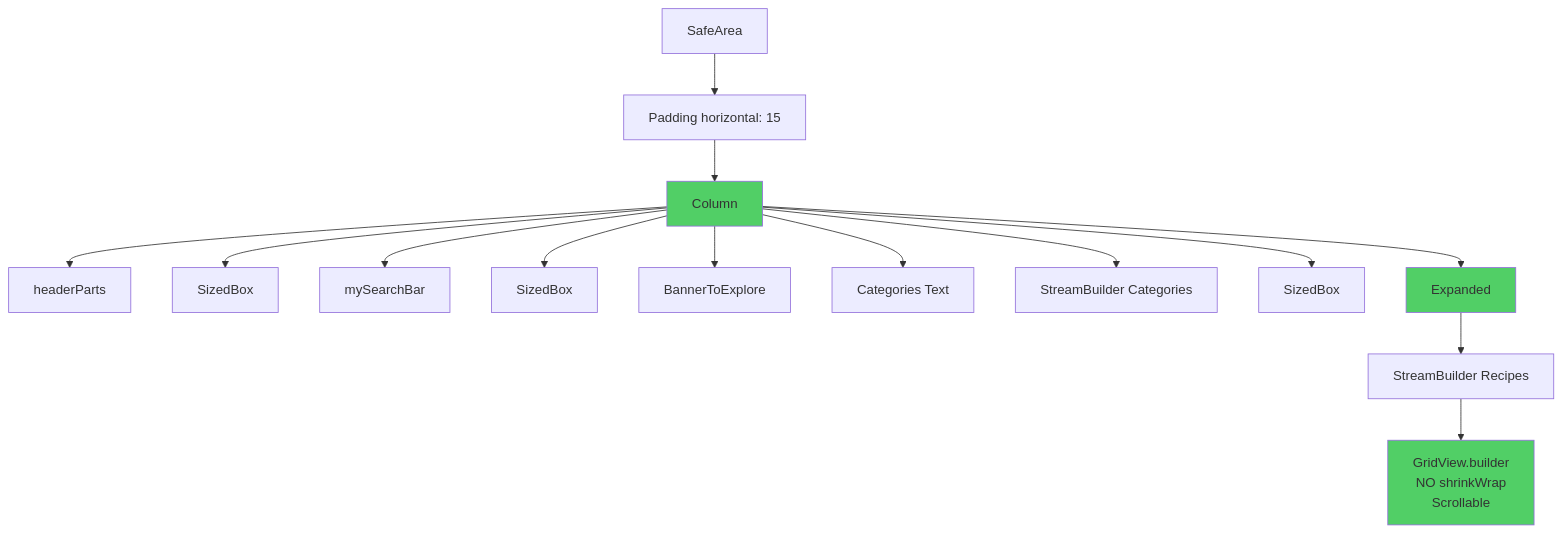
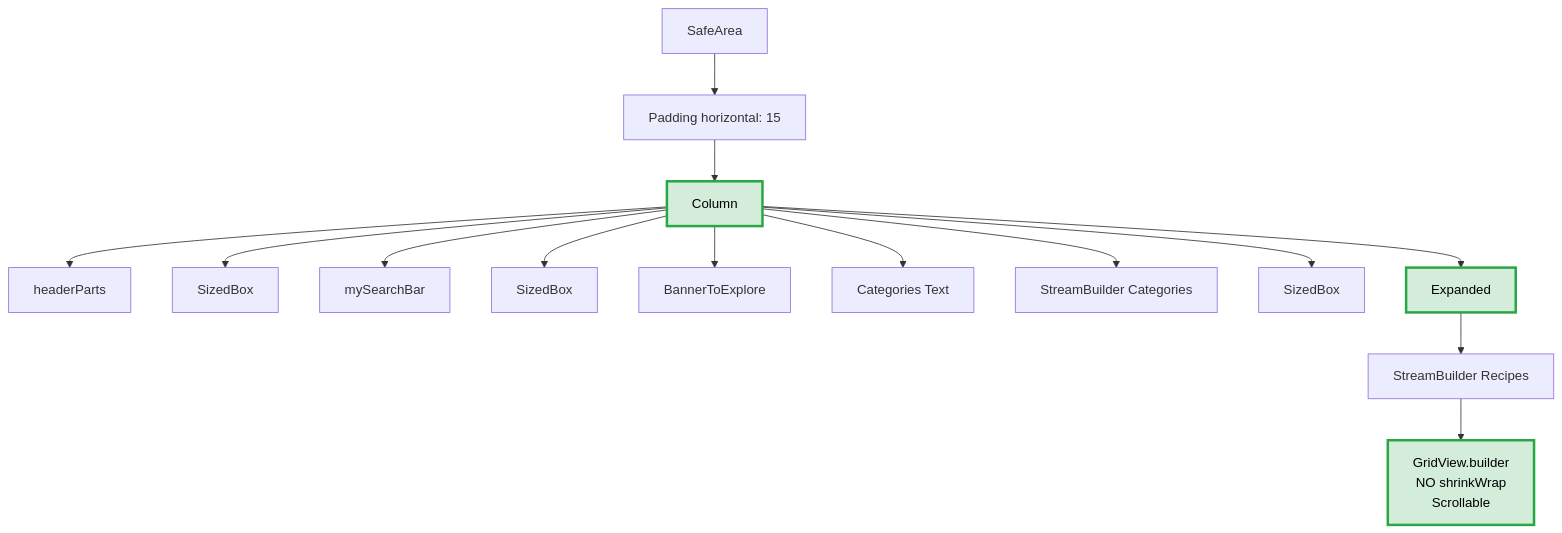
Before and after one commit to hrhouma1/flutter-recette-app-october-2025-v3: the third of 6 diagrams in lib/Views/exercices/01-layout-comparison-analysis.md, drawn with Mermaid. The commit also changed other lines of this file and 3 other files, not shown here.

````diff
--- a/lib/Views/exercices/01-layout-comparison-analysis.md
+++ b/lib/Views/exercices/01-layout-comparison-analysis.md
@@ -68,20 +70,21 @@
 ```mermaid
+%%{init: {'theme':'default', 'themeVariables': { 'primaryColor':'#d4edda','primaryTextColor':'#000','primaryBorderColor':'#28a745','lineColor':'#333'}}}%%
 graph TD
     A[SafeArea] --> B[Padding horizontal: 15]
     B --> C[Column]
     C --> D[headerParts]
     C --> E[SizedBox]
     C --> F[mySearchBar]
     C --> G[SizedBox]
     C --> H[BannerToExplore]
     C --> I[Categories Text]
     C --> J[StreamBuilder Categories]
     C --> K[SizedBox]
     C --> L[Expanded]
     L --> M[StreamBuilder Recipes]
     M --> N[GridView.builder<br/>NO shrinkWrap<br/>Scrollable]
     
-    style L fill:#51cf66
-    style C fill:#51cf66
-    style N fill:#51cf66
+    style L fill:#d4edda,stroke:#28a745,stroke-width:3px,color:#000
+    style C fill:#d4edda,stroke:#28a745,stroke-width:3px,color:#000
+    style N fill:#d4edda,stroke:#28a745,stroke-width:3px,color:#000
 ```
````
